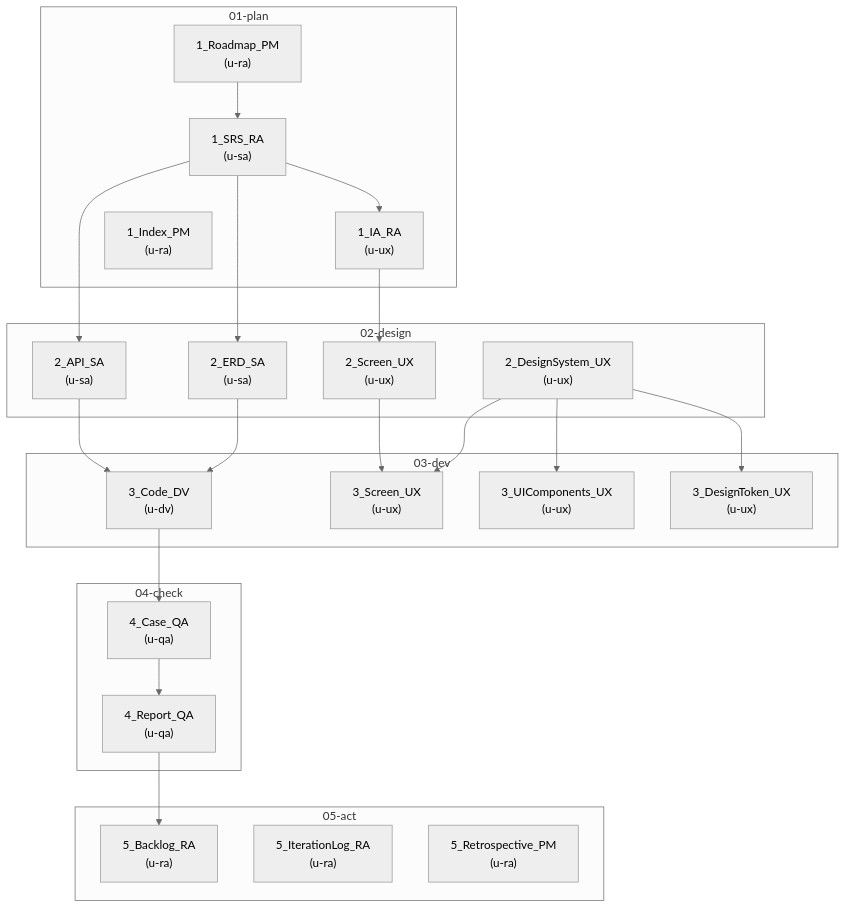
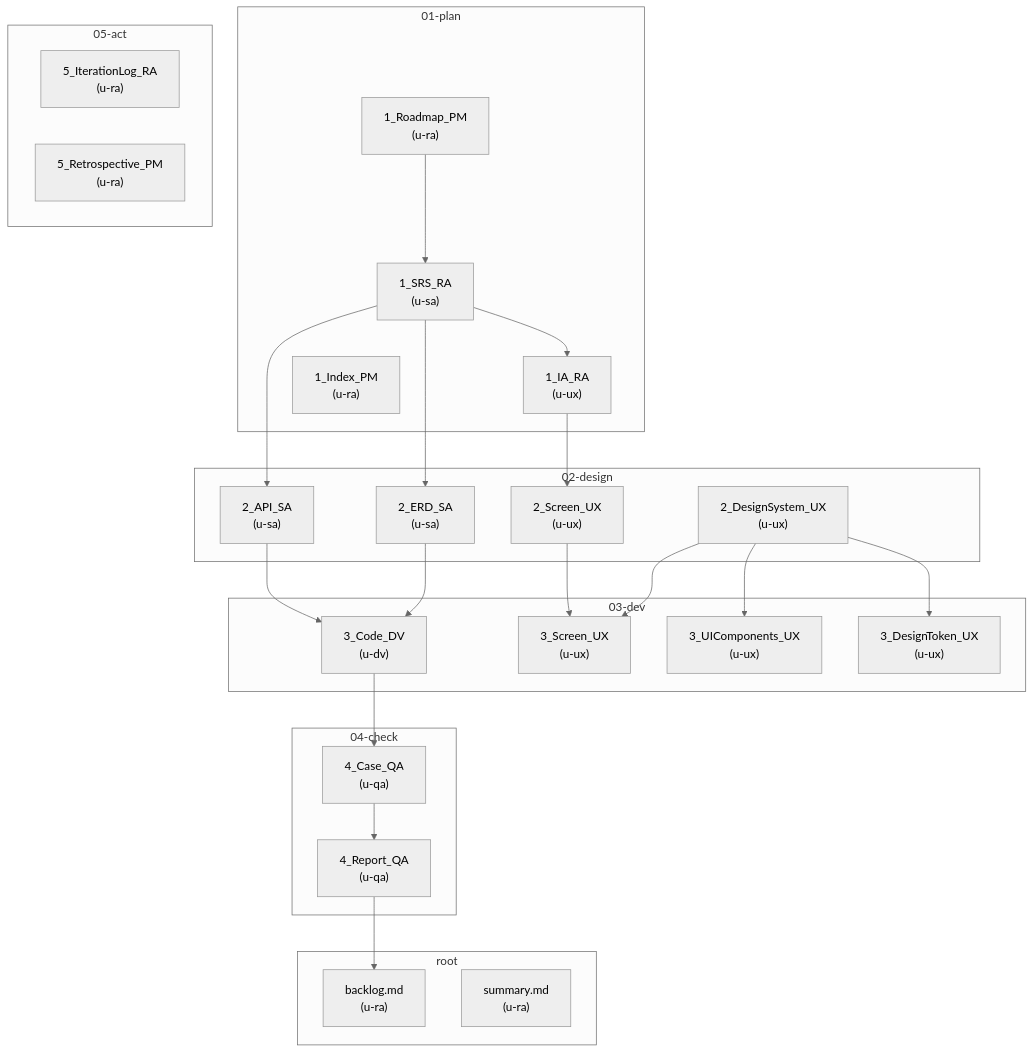
One commit to upleat-ax/u-maker-plugin changed the second of 3 diagrams in README.md. Above: the diagram before and after it, drawn with Mermaid (neutral theme). The commit also changed other lines of this file and 29 other files, not shown here.

Commit message:
feat: backlog, summary

````diff
--- a/README.md
+++ b/README.md
@@ -183,49 +183,53 @@
 ```mermaid
 flowchart TD
     subgraph PLAN["01-plan"]
         ROADMAP["1_Roadmap_PM\n(u-ra)"]
         SRS["1_SRS_RA\n(u-sa)"]
         IA["1_IA_RA\n(u-ux)"]
         INDEX["1_Index_PM\n(u-ra)"]
     end
 
     subgraph DESIGN["02-design"]
         ERD["2_ERD_SA\n(u-sa)"]
         API["2_API_SA\n(u-sa)"]
         SCREEN["2_Screen_UX\n(u-ux)"]
         DSYS["2_DesignSystem_UX\n(u-ux)"]
     end
 
     subgraph DEV["03-dev"]
         CODE["3_Code_DV\n(u-dv)"]
         SCR_UX["3_Screen_UX\n(u-ux)"]
         UICOMP["3_UIComponents_UX\n(u-ux)"]
         DTOKEN["3_DesignToken_UX\n(u-ux)"]
     end
 
     subgraph CHECK["04-check"]
         CASE["4_Case_QA\n(u-qa)"]
         REPORT["4_Report_QA\n(u-qa)"]
     end
 
     subgraph ACT["05-act"]
-        BACKLOG["5_Backlog_RA\n(u-ra)"]
         ITERLOG["5_IterationLog_RA\n(u-ra)"]
         RETRO["5_Retrospective_PM\n(u-ra)"]
+    end
+
+    subgraph ROOT["root"]
+        BACKLOG["backlog.md\n(u-ra)"]
+        SUMMARY["summary.md\n(u-ra)"]
     end
 
     ROADMAP --> SRS
     SRS --> IA
     SRS --> ERD
     SRS --> API
     IA --> SCREEN
     DSYS --> SCR_UX
     DSYS --> UICOMP
     DSYS --> DTOKEN
     ERD --> CODE
     API --> CODE
     SCREEN --> SCR_UX
     CODE --> CASE
     CASE --> REPORT
     REPORT --> BACKLOG
 ```
````
